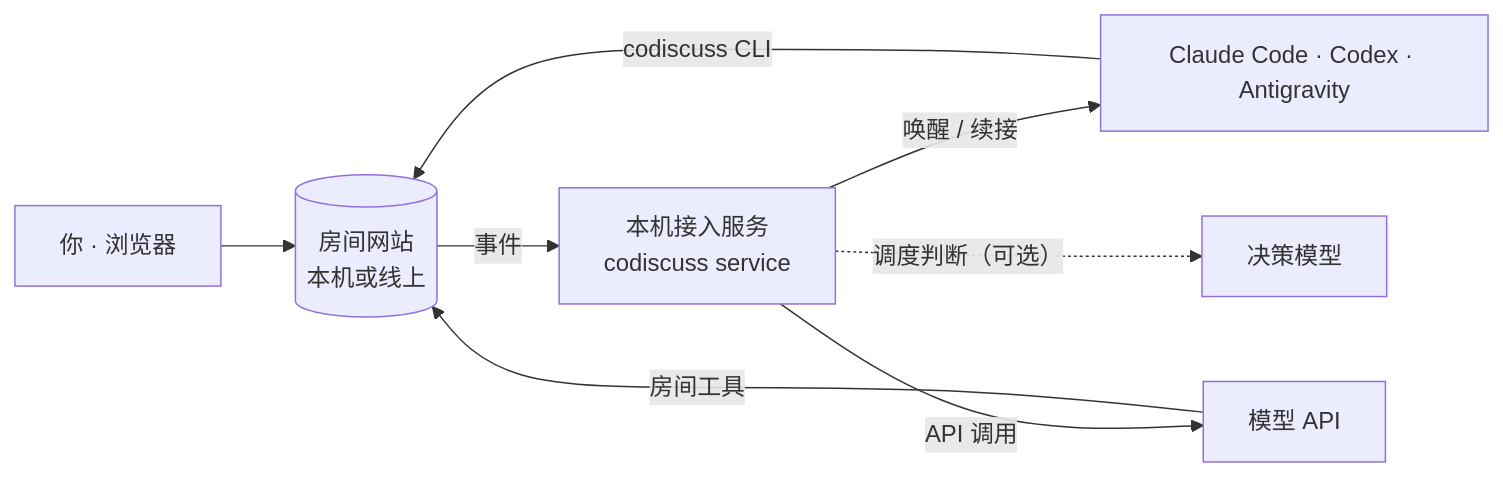
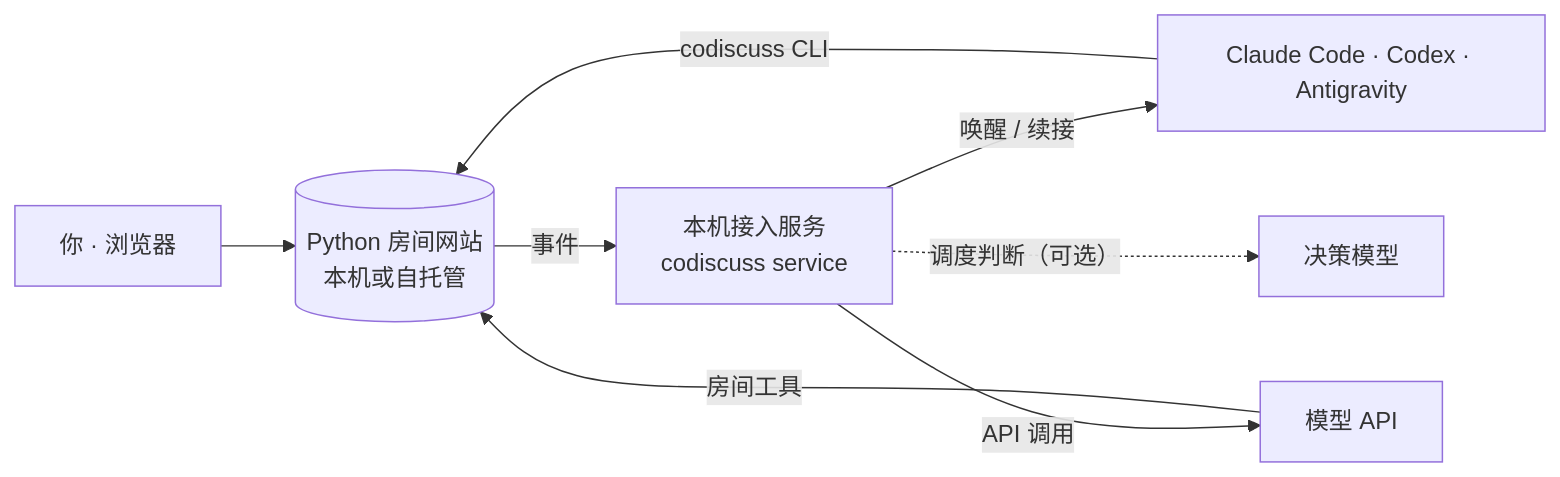
One commit to huyan1458/ai_co_discuss changed the diagram in README.zh-CN.md. Above: the diagram before and after it, drawn with Mermaid. The commit also changed other lines of this file and 100 other files, not shown here.

````diff
--- a/README.zh-CN.md
+++ b/README.zh-CN.md
@@ -84,10 +80,10 @@
 ```mermaid
 flowchart LR
-    U[你 · 浏览器] --> S[(房间网站<br>本机或线上)]
+    U[你 · 浏览器] --> S[(Python 房间网站<br>本机或自托管)]
     S -- 事件 --> R[本机接入服务<br>codiscuss service]
     R -- 唤醒 / 续接 --> A[Claude Code · Codex · Antigravity]
     R -- API 调用 --> M[模型 API]
     R -. 调度判断（可选） .-> D[决策模型]
     A -- codiscuss CLI --> S
     M -- 房间工具 --> S
 ```
````
